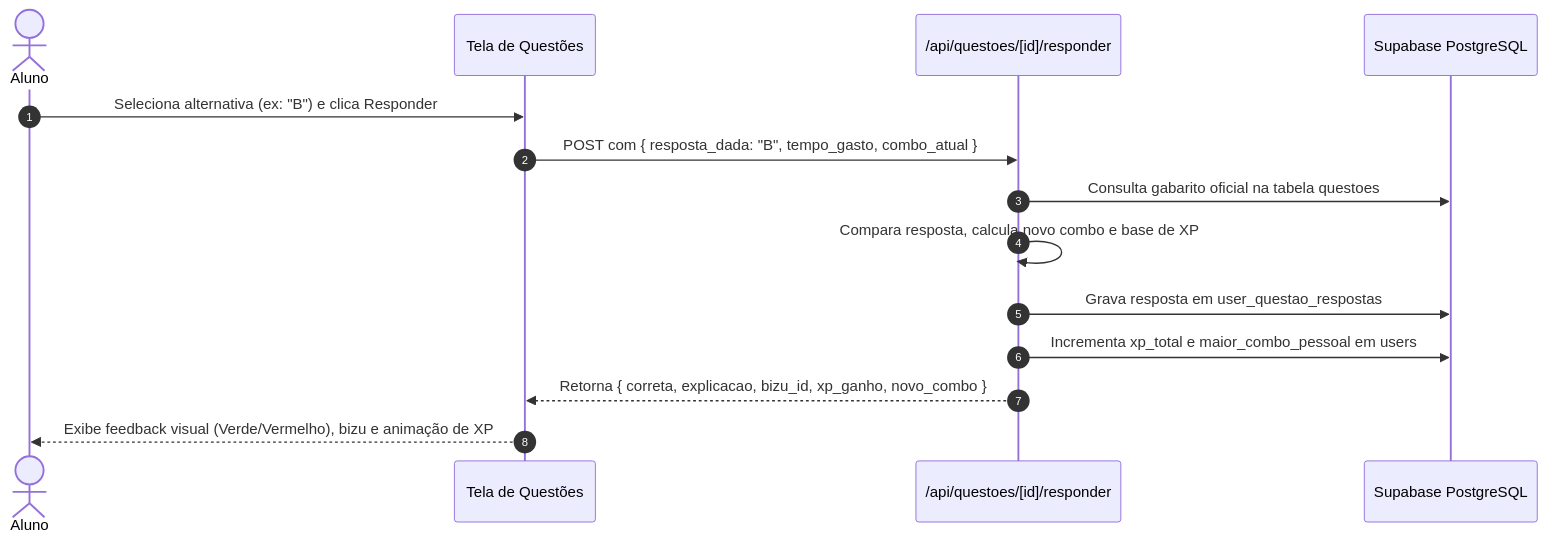
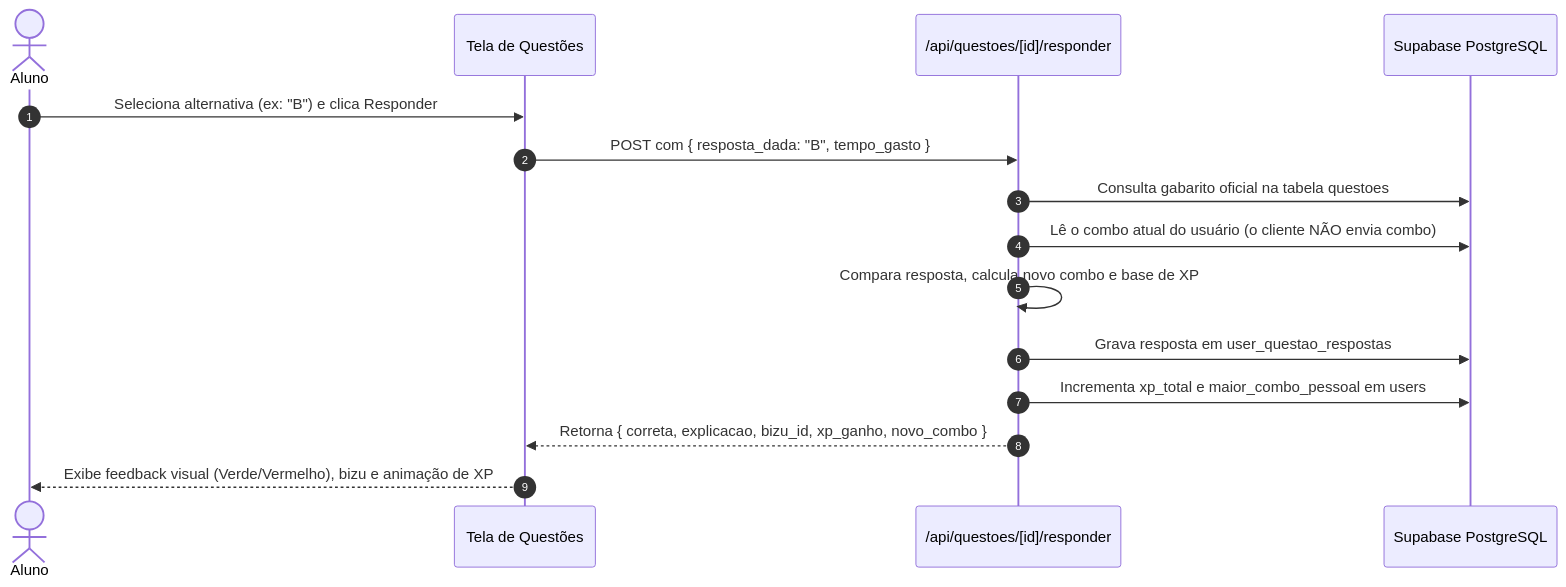
Before and after one commit to rafzz-sx/Estudo: the third of 3 diagrams in batcaverna/README.md, drawn with Mermaid. The commit also changed other lines of this file and 3 other files, not shown here.

````diff
--- a/batcaverna/README.md
+++ b/batcaverna/README.md
@@ -352,17 +385,18 @@
 ```mermaid
 sequenceDiagram
     autonumber
     actor Aluno as Aluno
     participant Web as Tela de Questões
     participant API as /api/questoes/[id]/responder
     participant DB as Supabase PostgreSQL
 
     Aluno->>Web: Seleciona alternativa (ex: "B") e clica Responder
-    Web->>API: POST com { resposta_dada: "B", tempo_gasto, combo_atual }
+    Web->>API: POST com { resposta_dada: "B", tempo_gasto }
     API->>DB: Consulta gabarito oficial na tabela questoes
+    API->>DB: Lê o combo atual do usuário (o cliente NÃO envia combo)
     API->>API: Compara resposta, calcula novo combo e base de XP
     API->>DB: Grava resposta em user_questao_respostas
     API->>DB: Incrementa xp_total e maior_combo_pessoal em users
     API-->>Web: Retorna { correta, explicacao, bizu_id, xp_ganho, novo_combo }
     Web-->>Aluno: Exibe feedback visual (Verde/Vermelho), bizu e animação de XP
 ```
````
